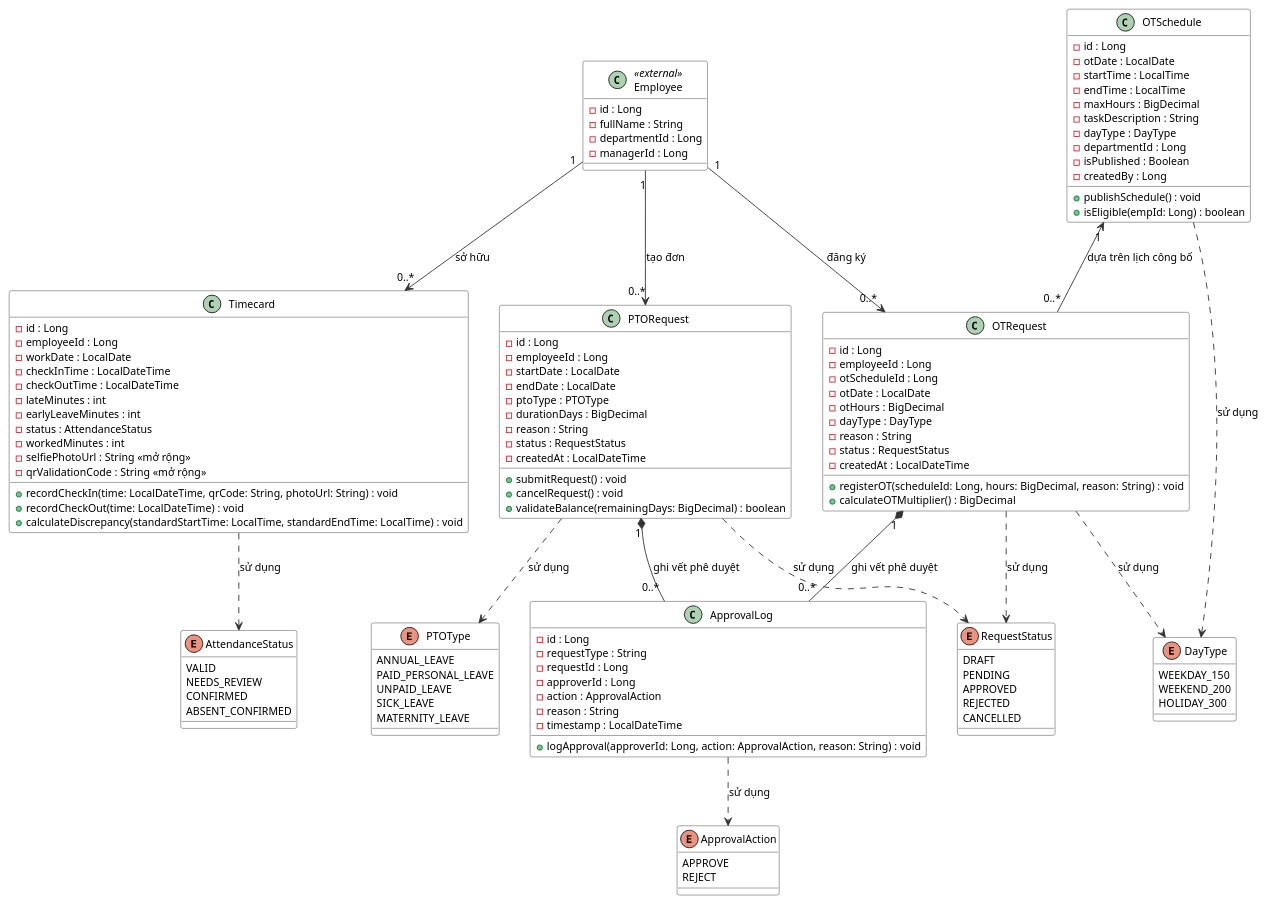
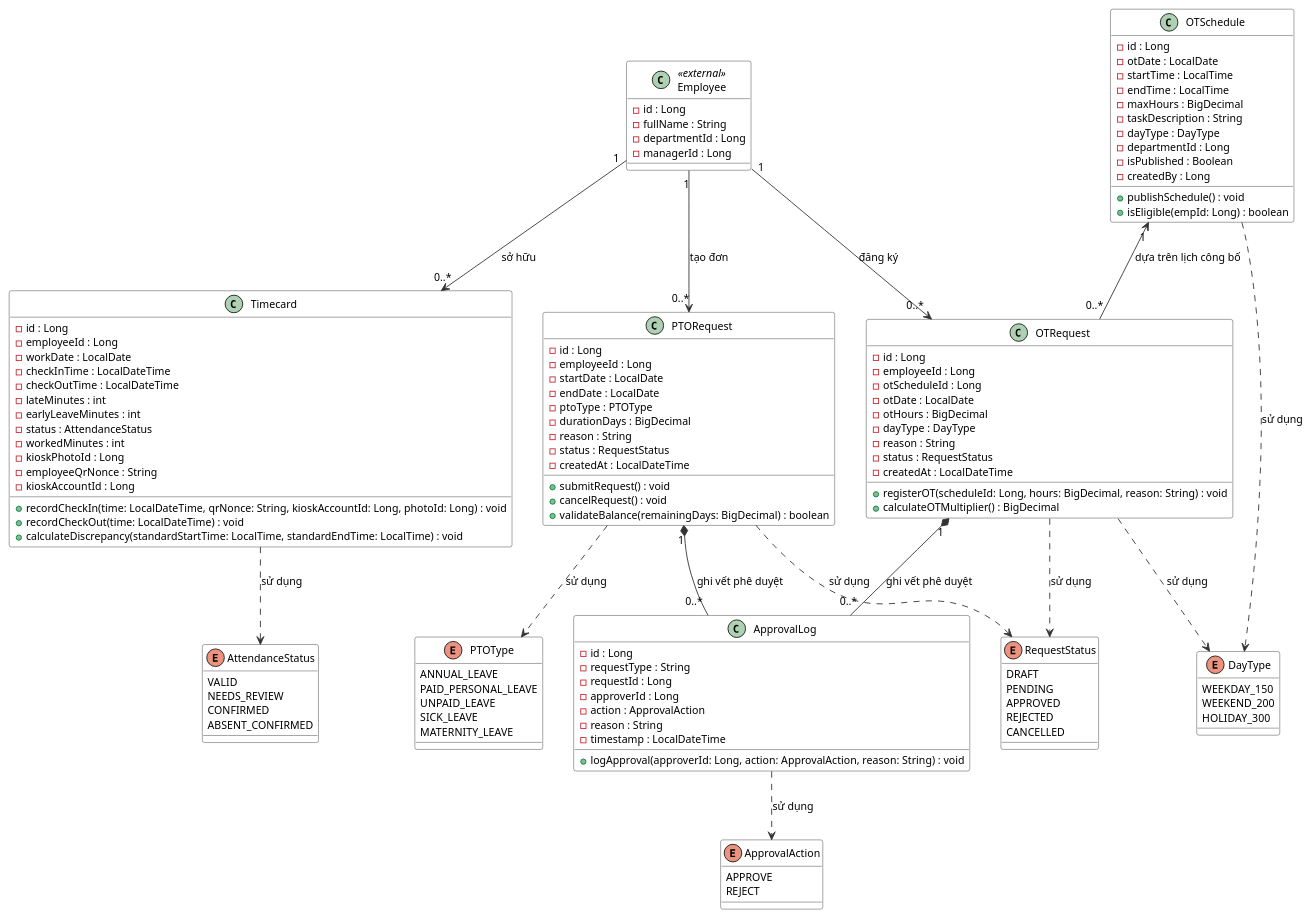
The diagram in docs/uml/class/class_module2.puml (gihan160306/HRFlow), drawn with PlantUML before and after one commit. The commit also changed 32 other files, not shown here.

```diff
--- a/docs/uml/class/class_module2.puml
+++ b/docs/uml/class/class_module2.puml
@@ -1,156 +1,157 @@
 @startuml class_module2
 skinparam defaultFontColor #000000
 skinparam defaultFontSize 12
 skinparam backgroundColor #FFFFFF
 skinparam roundcorner 5
 
 skinparam class {
     BorderColor #333333
     BackgroundColor #FFFFFF
     FontColor #000000
     AttributeFontColor #000000
     ArrowColor #333333
     ArrowFontColor #000000
 }
 
 skinparam enum {
     BorderColor #333333
     BackgroundColor #F5F5F5
     FontColor #000000
 }
 
 ' ================= THỰC THỂ PHÂN HỆ 2 =================
 class Timecard {
     - id : Long
     - employeeId : Long
     - workDate : LocalDate
     - checkInTime : LocalDateTime
     - checkOutTime : LocalDateTime
     - lateMinutes : int
     - earlyLeaveMinutes : int
     - status : AttendanceStatus
     - workedMinutes : int
-    - selfiePhotoUrl : String <<mở rộng>>
-    - qrValidationCode : String <<mở rộng>>
-    + recordCheckIn(time: LocalDateTime, qrCode: String, photoUrl: String) : void
+    - kioskPhotoId : Long
+    - employeeQrNonce : String
+    - kioskAccountId : Long
+    + recordCheckIn(time: LocalDateTime, qrNonce: String, kioskAccountId: Long, photoId: Long) : void
     + recordCheckOut(time: LocalDateTime) : void
     + calculateDiscrepancy(standardStartTime: LocalTime, standardEndTime: LocalTime) : void
 }
 
 class PTORequest {
     - id : Long
     - employeeId : Long
     - startDate : LocalDate
     - endDate : LocalDate
     - ptoType : PTOType
     - durationDays : BigDecimal
     - reason : String
     - status : RequestStatus
     - createdAt : LocalDateTime
     + submitRequest() : void
     + cancelRequest() : void
     + validateBalance(remainingDays: BigDecimal) : boolean
 }
 
 class OTSchedule {
     - id : Long
     - otDate : LocalDate
     - startTime : LocalTime
     - endTime : LocalTime
     - maxHours : BigDecimal
     - taskDescription : String
     - dayType : DayType
     - departmentId : Long
     - isPublished : Boolean
     - createdBy : Long
     + publishSchedule() : void
     + isEligible(empId: Long) : boolean
 }
 
 class OTRequest {
     - id : Long
     - employeeId : Long
     - otScheduleId : Long
     - otDate : LocalDate
     - otHours : BigDecimal
     - dayType : DayType
     - reason : String
     - status : RequestStatus
     - createdAt : LocalDateTime
     + registerOT(scheduleId: Long, hours: BigDecimal, reason: String) : void
     + calculateOTMultiplier() : BigDecimal
 }
 
 class ApprovalLog {
     - id : Long
     - requestType : String
     - requestId : Long
     - approverId : Long
     - action : ApprovalAction
     - reason : String
     - timestamp : LocalDateTime
     + logApproval(approverId: Long, action: ApprovalAction, reason: String) : void
 }
 
 ' ================= CÁC ENUM =================
 enum AttendanceStatus {
     VALID
     NEEDS_REVIEW
     CONFIRMED
     ABSENT_CONFIRMED
 }
 
 enum RequestStatus {
     DRAFT
     PENDING
     APPROVED
     REJECTED
     CANCELLED
 }
 
 enum PTOType {
     ANNUAL_LEAVE
     PAID_PERSONAL_LEAVE
     UNPAID_LEAVE
     SICK_LEAVE
     MATERNITY_LEAVE
 }
 
 enum DayType {
     WEEKDAY_150
     WEEKEND_200
     HOLIDAY_300
 }
 
 enum ApprovalAction {
     APPROVE
     REJECT
 }
 
 ' ================= THỰC THỂ NGOÀI LIÊN KẾT =================
 class Employee <<external>> {
     - id : Long
     - fullName : String
     - departmentId : Long
     - managerId : Long
 }
 
 ' ================= MỐI QUAN HỆ =================
 Employee "1" --> "0..*" Timecard : sở hữu
 Employee "1" --> "0..*" PTORequest : tạo đơn
 Employee "1" --> "0..*" OTRequest : đăng ký
 
 OTSchedule "1" <-- "0..*" OTRequest : dựa trên lịch công bố
 
 PTORequest "1" *-- "0..*" ApprovalLog : ghi vết phê duyệt
 OTRequest "1" *-- "0..*" ApprovalLog : ghi vết phê duyệt
 
 Timecard ..> AttendanceStatus : sử dụng
 PTORequest ..> RequestStatus : sử dụng
 PTORequest ..> PTOType : sử dụng
 OTSchedule ..> DayType : sử dụng
 OTRequest ..> RequestStatus : sử dụng
 OTRequest ..> DayType : sử dụng
 ApprovalLog ..> ApprovalAction : sử dụng
 
 @enduml
```
